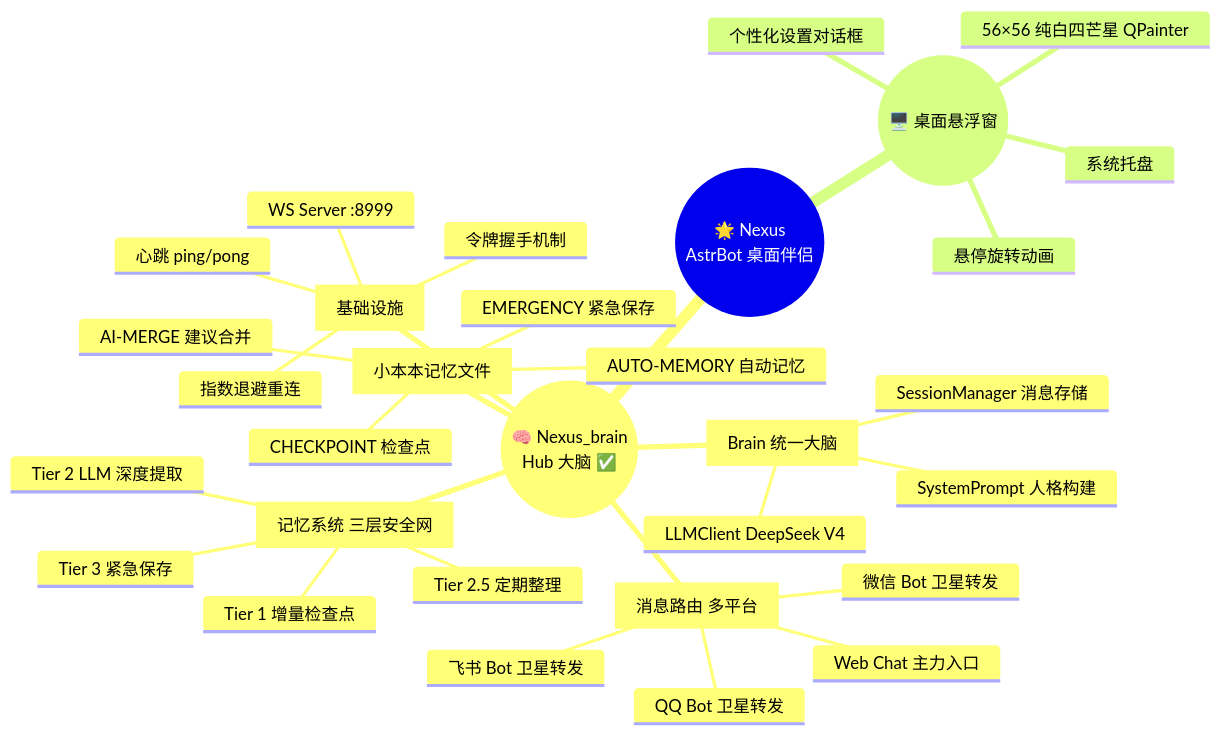
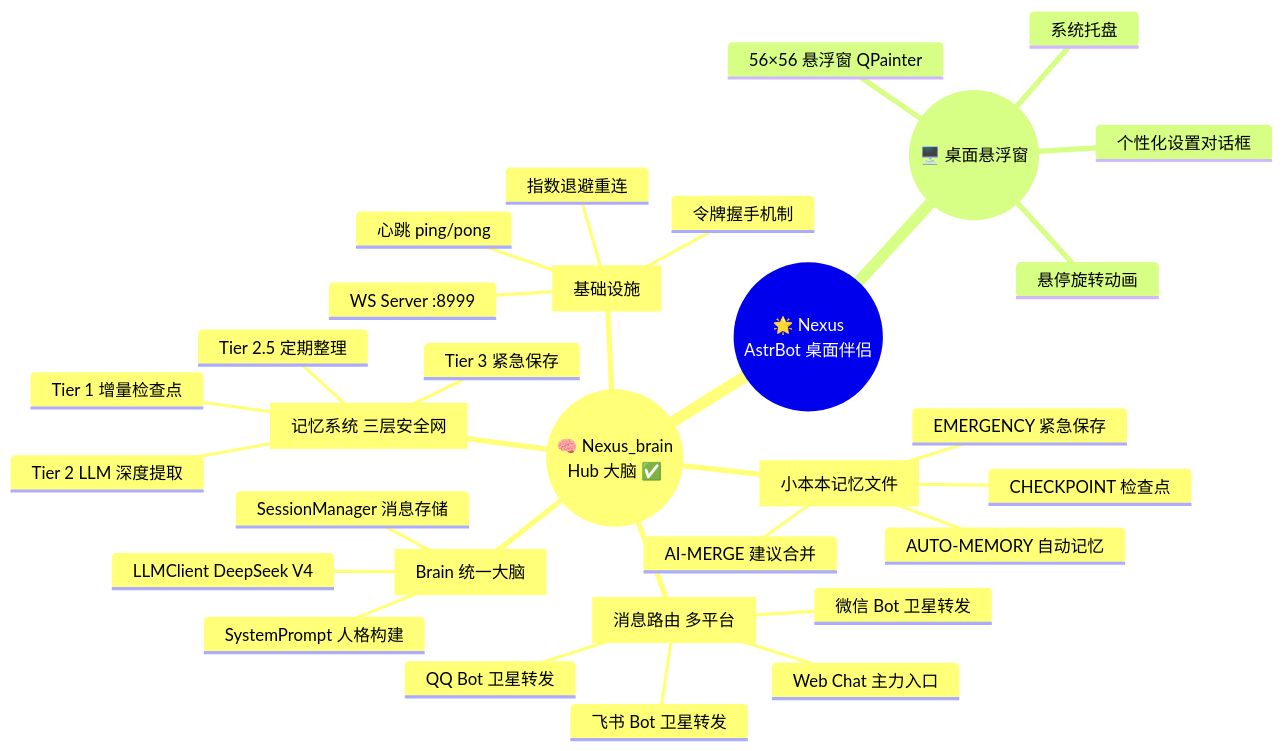
Before and after one commit to yuanchu114514-spec/nexus-brain: the first of 2 diagrams in README.md, drawn with Mermaid. The commit also changed other lines of this file, not shown here.

Commit message:
删除纯白四芒星描述

````diff
--- a/README.md
+++ b/README.md
@@ -24,34 +24,34 @@
 ```mermaid
 mindmap
   root(("🌟 Nexus<br/>AstrBot 桌面伴侣"))
     (("🧠 Nexus_brain<br/>Hub 大脑 ✅"))
       [Brain 统一大脑]
         SystemPrompt 人格构建
         SessionManager 消息存储
         LLMClient DeepSeek V4
       [记忆系统 三层安全网]
         Tier 1 增量检查点
         Tier 2 LLM 深度提取
         Tier 2.5 定期整理
         Tier 3 紧急保存
       [消息路由 多平台]
         Web Chat 主力入口
         QQ Bot 卫星转发
         微信 Bot 卫星转发
         飞书 Bot 卫星转发
       [基础设施]
         WS Server :8999
         令牌握手机制
         指数退避重连
         心跳 ping/pong
       [小本本记忆文件]
         AUTO-MEMORY 自动记忆
         CHECKPOINT 检查点
         EMERGENCY 紧急保存
         AI-MERGE 建议合并
     (("🖥️ 桌面悬浮窗"))
-      56×56 纯白四芒星 QPainter
+      56×56 悬浮窗 QPainter
       悬停旋转动画
       个性化设置对话框
       系统托盘
 ```
````
